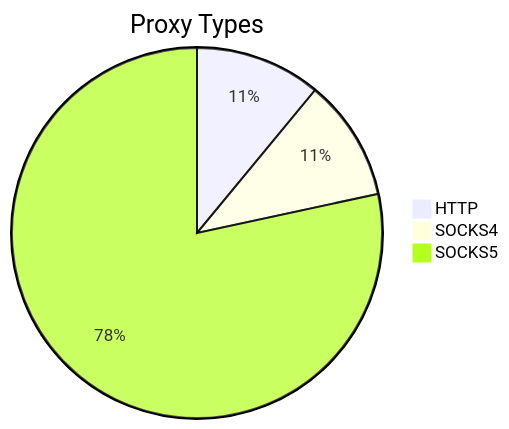
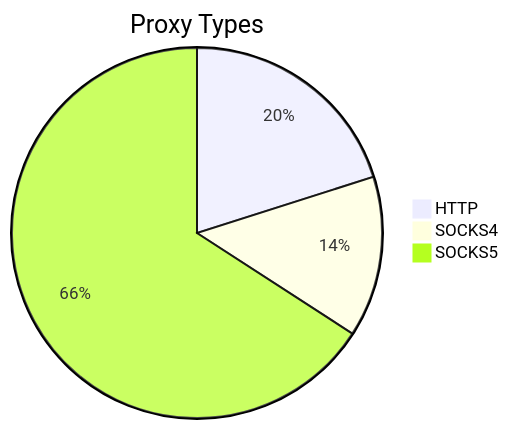
One commit to stormsia/proxy-list changed the first of 2 diagrams in README.md. Above: the diagram before and after it, drawn with Mermaid. The commit also changed other lines of this file, not shown here.

````diff
--- a/README.md
+++ b/README.md
@@ -21,6 +21,6 @@
 ```mermaid
 pie title Proxy Types
-    "HTTP" : 60
-    "SOCKS4" : 58
-    "SOCKS5" : 428
+    "HTTP" : 173
+    "SOCKS4" : 121
+    "SOCKS5" : 567
 ```
````
